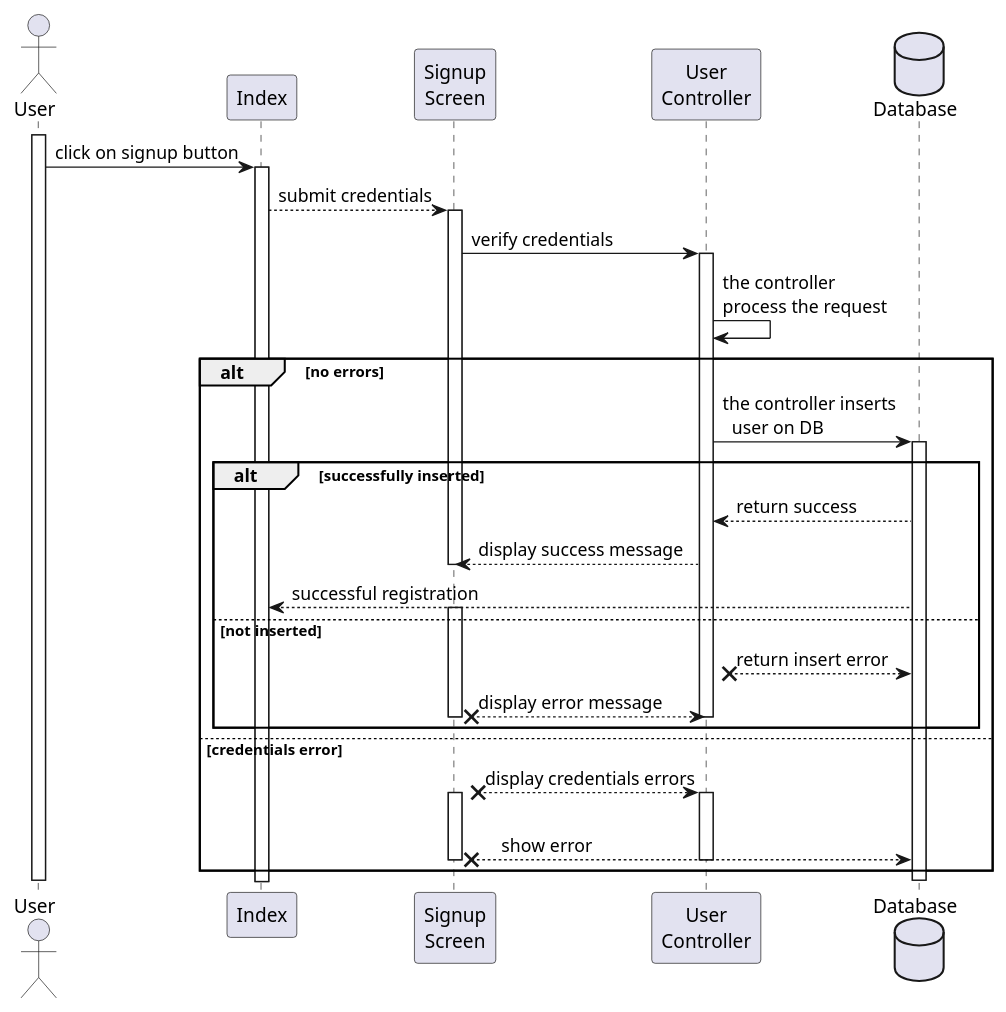
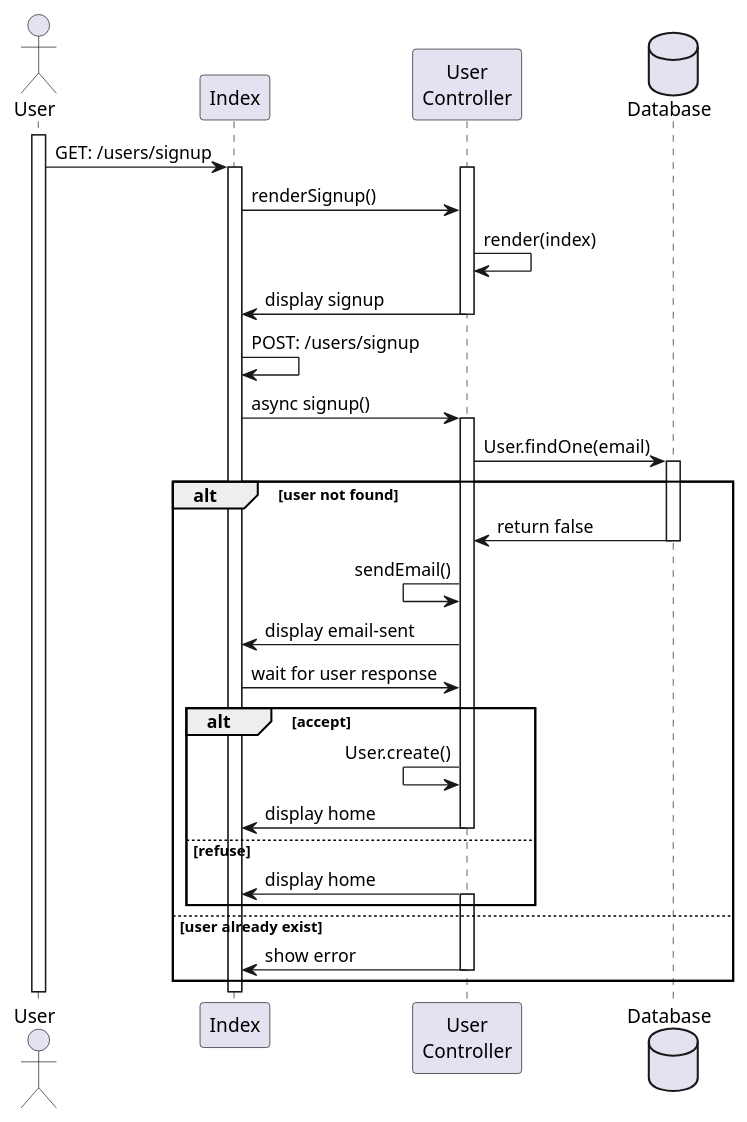
One commit to TommasoScalici/BnB changed the diagram in app-diagrams/sequence/user/signup.wsd. Above: the diagram before and after it, drawn with PlantUML. The commit also changed 8 other files, not shown here.

Commit message:
sequence diagrams fixed and created

```diff
--- a/app-diagrams/sequence/user/signup.wsd
+++ b/app-diagrams/sequence/user/signup.wsd
@@ -1,49 +1,43 @@
 @startuml signup
 
 actor User
 participant "Index" as Index
-participant "Signup\nScreen" as SignupScreen
 participant "User\nController" as UserController
 database Database
 
 activate User
 
         
-    User -> Index: click on signup button
+    User -> Index: GET: /users/signup
     activate Index
-    Index --> SignupScreen: submit credentials
-    activate SignupScreen
-        SignupScreen -> UserController: verify credentials
         activate UserController
-        UserController -> UserController: the controller\nprocess the request
-        alt no errors
-        UserController -> Database: the controller inserts\n  user on DB
-        activate Database
-        alt successfully inserted
-        UserController <-- Database: return success
-        SignupScreen <-- UserController: display success message
-    deactivate SignupScreen
-    Index <-- Database: successful registration
-        else not inserted
-        activate SignupScreen
-        UserController x-- Database: return insert error
-        SignupScreen x-- UserController: display error message
-        deactivate UserController
-        
-        deactivate SignupScreen
-        end
-        else credentials error
-        SignupScreen x-- UserController: display credentials errors
-        activate SignupScreen
-
-        activate UserController
-        SignupScreen x-- Database : \n     show error
-        deactivate UserController
-        deactivate SignupScreen
-  
-
-        end
+    Index -> UserController: renderSignup()
+    UserController -> UserController: render(index)
+    Index <- UserController: display signup
+    deactivate UserController
+    Index -> Index:  POST: /users/signup
+    Index -> UserController: async signup()
+    activate UserController
+    UserController -> Database: User.findOne(email)
+    alt user not found
+    activate Database 
+    UserController <- Database: return false
     deactivate Database
-deactivate User
+    'send email to user and waits for his response'
+    UserController <- UserController: sendEmail()
+    Index <- UserController: display email-sent
+    Index -> UserController: wait for user response
+    alt accept
+    UserController <- UserController: User.create()
+    Index <- UserController: display home
+    deactivate UserController
+    else refuse
+    Index <- UserController: display home
+    activate UserController
+    end
+    else user already exist 
+    Index <- UserController: show error
+    deactivate UserController
+    end
 
 @enduml
```
